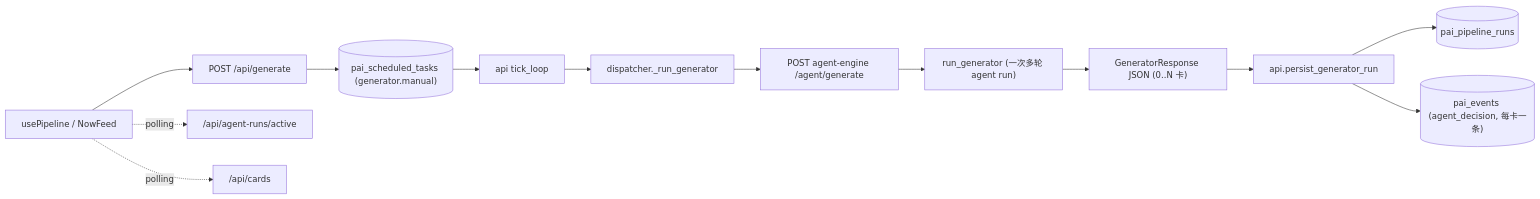
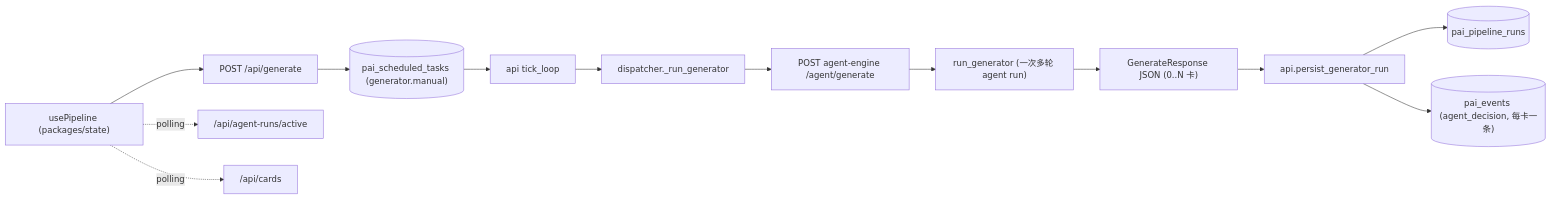
The first of 2 diagrams in docs/modules/generation.mdx (Edge-AI-HQ/proactive-assistant), drawn with Mermaid before and after one commit. The commit also changed other lines of this file and 9 other files, not shown here.

````diff
--- a/docs/modules/generation.mdx
+++ b/docs/modules/generation.mdx
@@ -16,15 +16,15 @@
 ```mermaid
 flowchart LR
-  UI["usePipeline / NowFeed"] --> API["POST /api/generate"]
+  UI["usePipeline (packages/state)"] --> API["POST /api/generate"]
   API --> Q[("pai_scheduled_tasks (generator.manual)")]
   Q --> Sched["api tick_loop"]
   Sched --> Disp["dispatcher._run_generator"]
   Disp --> Chat["POST agent-engine /agent/generate"]
   Chat --> Agent["run_generator (一次多轮 agent run)"]
-  Agent --> Resp["GeneratorResponse JSON (0..N 卡)"]
+  Agent --> Resp["GenerateResponse JSON (0..N 卡)"]
   Resp --> Persist["api.persist_generator_run"]
   Persist --> PR[("pai_pipeline_runs")]
   Persist --> EV[("pai_events (agent_decision, 每卡一条)")]
   UI -. polling .-> Runs["/api/agent-runs/active"]
   UI -. polling .-> Cards["/api/cards"]
 ```
````
